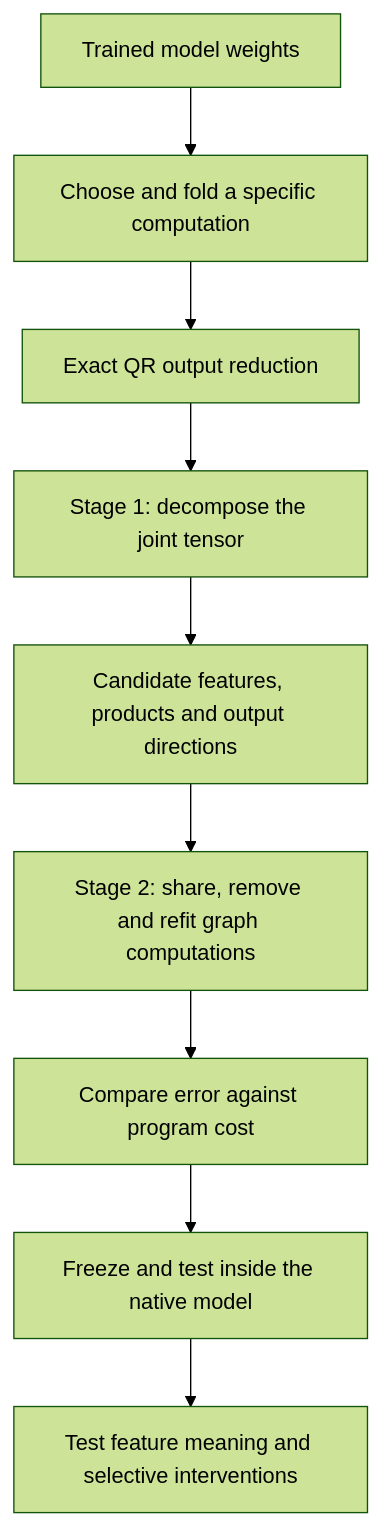
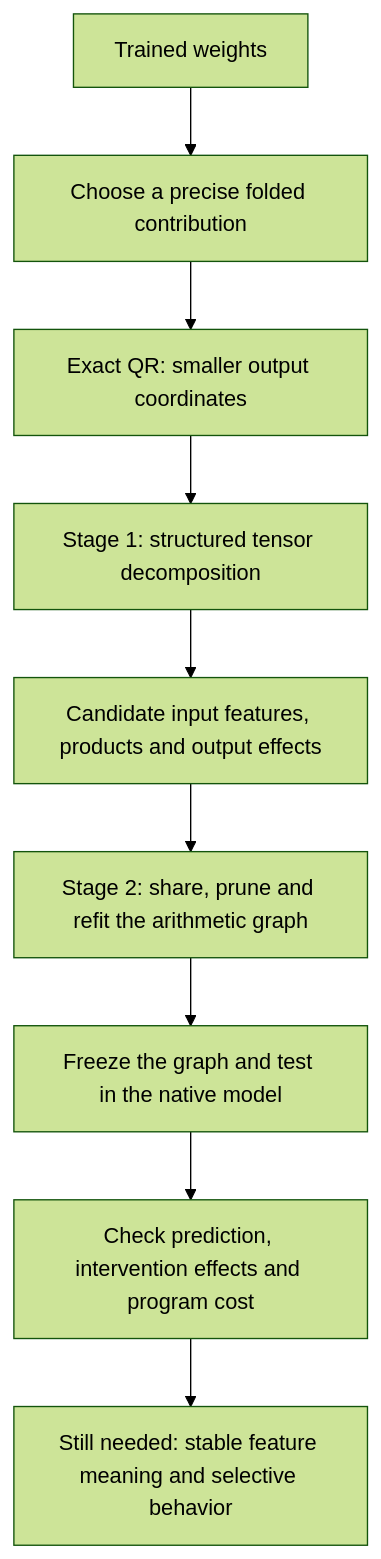
Before and after one commit to loganriggs/tensor_language: the diagram in basis_aligned/polynomial_causal/explanations/for_logan/research_update_2026-09-21_0104_full_coverage_and_shared_baselines.md, drawn with Mermaid (forest theme). The commit also changed other lines of this file and 3 other files, not shown here.

Commit message:
Rewrite folding overview around QR, decomposition and arithmetic graph results

````diff
--- a/basis_aligned/polynomial_causal/explanations/for_logan/research_update_2026-09-21_0104_full_coverage_and_shared_baselines.md
+++ b/basis_aligned/polynomial_causal/explanations/for_logan/research_update_2026-09-21_0104_full_coverage_and_shared_baselines.md
@@ -21,11 +23,11 @@
 ```mermaid
 flowchart TD
-    A[Trained model weights] --> B[Choose and fold a specific computation]
-    B --> C[Exact QR output reduction]
-    C --> D[Stage 1: decompose the joint tensor]
-    D --> E[Candidate features, products and output directions]
-    E --> F[Stage 2: share, remove and refit graph computations]
-    F --> G[Compare error against program cost]
-    G --> H[Freeze and test inside the native model]
-    H --> I[Test feature meaning and selective interventions]
+    A[Trained weights] --> B[Choose a precise folded contribution]
+    B --> C[Exact QR: smaller output coordinates]
+    C --> D[Stage 1: structured tensor decomposition]
+    D --> E[Candidate input features, products and output effects]
+    E --> F[Stage 2: share, prune and refit the arithmetic graph]
+    F --> G[Freeze the graph and test in the native model]
+    G --> H[Check prediction, intervention effects and program cost]
+    H --> I[Still needed: stable feature meaning and selective behavior]
 ```
````
